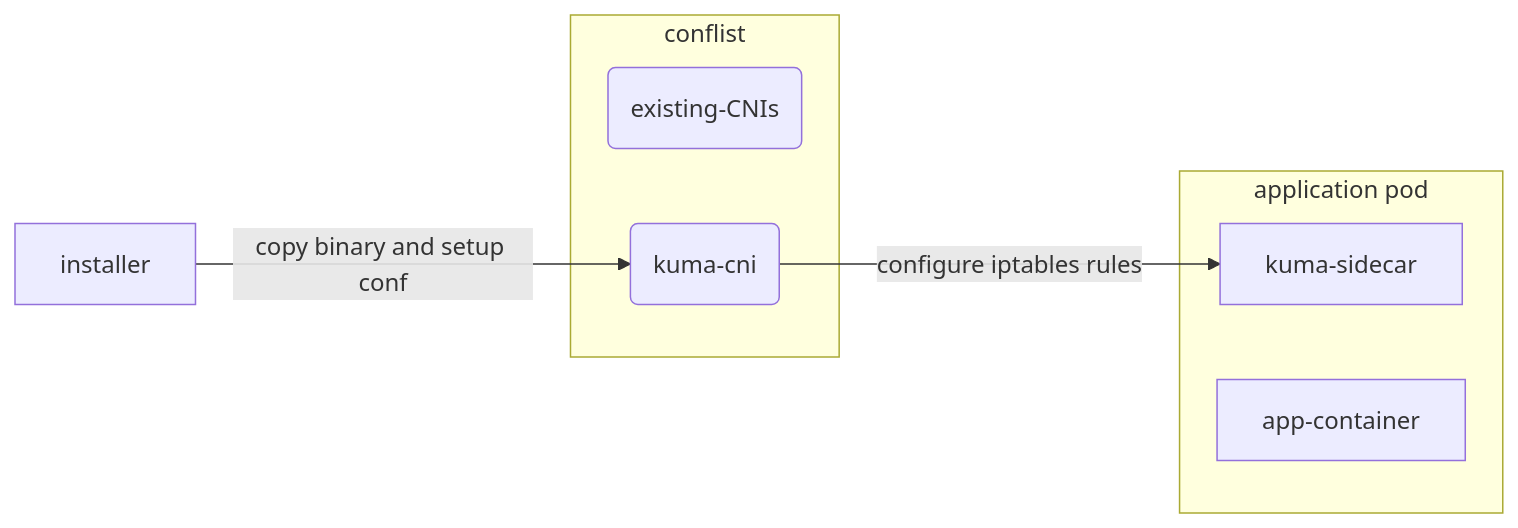
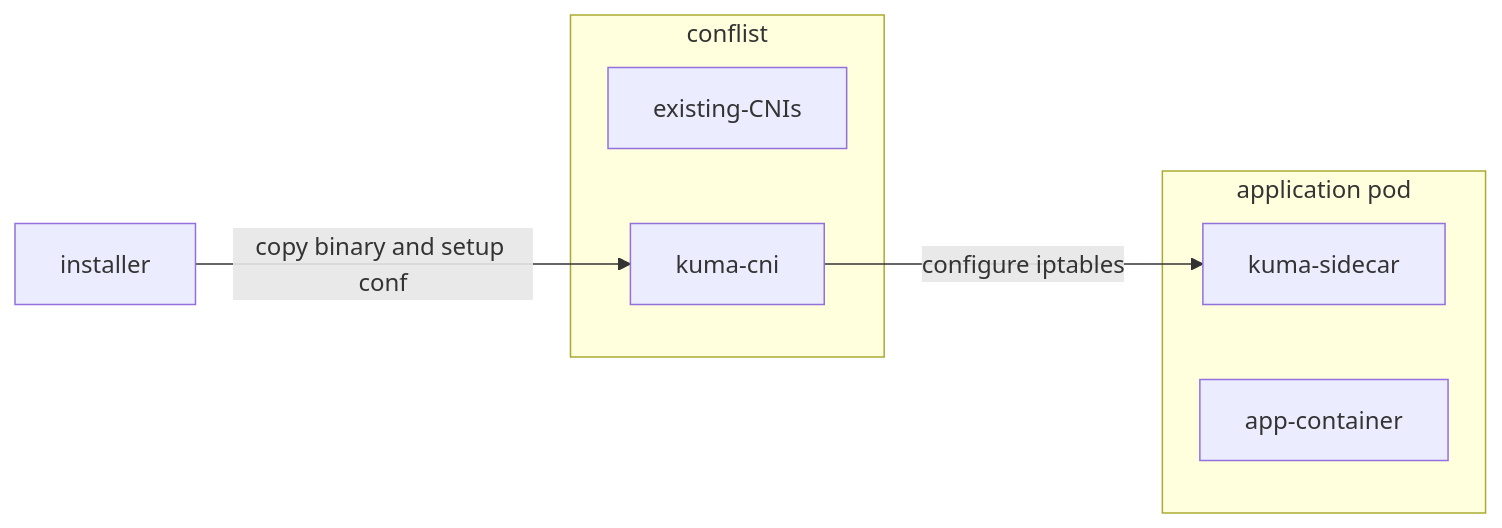
The diagram in app/_src/production/dp-config/cni.md (kumahq/kuma-website), drawn with Mermaid before and after one commit. The commit also changed other lines of this file, not shown here.

Commit message:
correct graph syntax

```diff
--- a/app/_src/production/dp-config/cni.md
+++ b/app/_src/production/dp-config/cni.md
@@ -217,17 +219,13 @@
 {% mermaid %}
 flowchart LR
  subgraph s1["conflist"]
         n2["existing-CNIs"]
         n3["kuma-cni"]
   end
  subgraph s2["application pod"]
         n4["kuma-sidecar"]
         n5["app-container"]
   end
     A["installer"] -- copy binary and setup conf --> n3
-    n3 -- configure iptables rules --> n4
-
-    n2@{ shape: rounded}
-    n3@{ shape: rounded}
-    n5@{ shape: rect}
+    n3 -- configure iptables --> n4
 {% endmermaid %}
```
